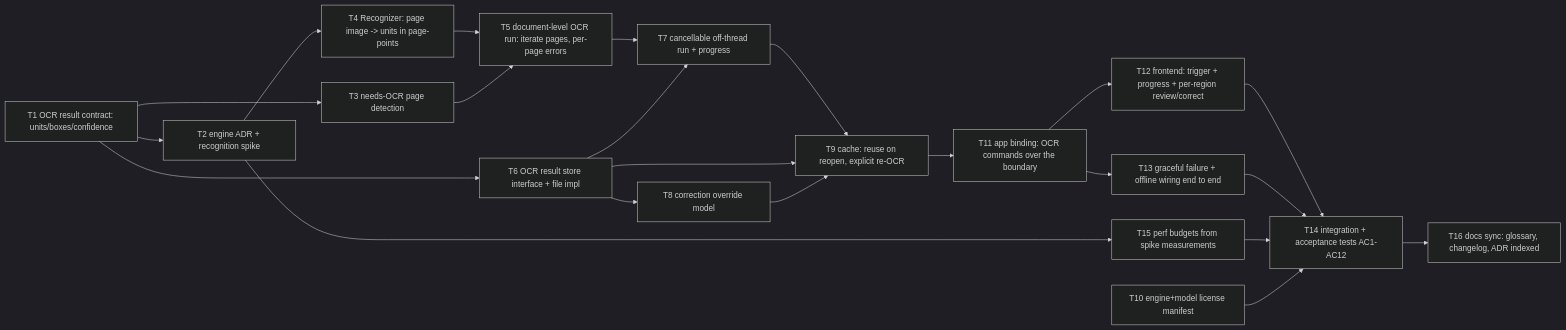
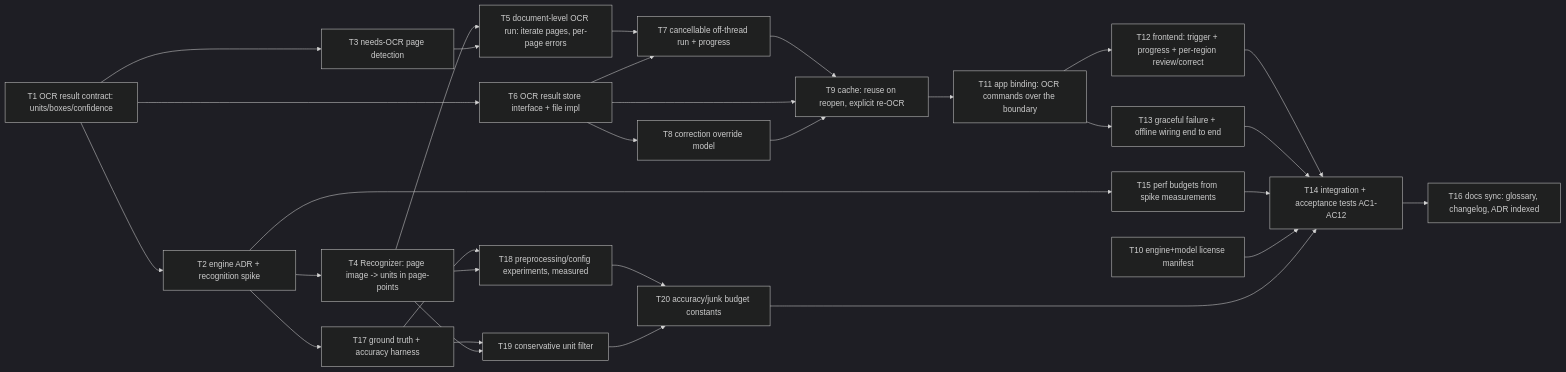
Before and after one commit to shrigum/Adamic: the diagram in docs/planning/ocr/critical-path.md, drawn with Mermaid (dark theme). The commit also changed other lines of this file and 2 other files, not shown here.

````diff
--- a/docs/planning/ocr/critical-path.md
+++ b/docs/planning/ocr/critical-path.md
@@ -26,24 +27,32 @@
 ```mermaid
 graph LR
   T1[T1 OCR result contract: units/boxes/confidence] --> T2[T2 engine ADR + recognition spike]
   T1 --> T6[T6 OCR result store interface + file impl]
   T1 --> T3[T3 needs-OCR page detection]
   T2 --> T4[T4 Recognizer: page image -> units in page-points]
   T4 --> T5[T5 document-level OCR run: iterate pages, per-page errors]
   T3 --> T5
   T5 --> T7[T7 cancellable off-thread run + progress]
   T6 --> T7
   T7 --> T9[T9 cache: reuse on reopen, explicit re-OCR]
   T6 --> T9
   T2 --> T15[T15 perf budgets from spike measurements]
   T8[T8 correction override model] --> T9
   T6 --> T8
   T9 --> T11[T11 app binding: OCR commands over the boundary]
   T11 --> T12[T12 frontend: trigger + progress + per-region review/correct]
   T11 --> T13[T13 graceful failure + offline wiring end to end]
   T12 --> T14[T14 integration + acceptance tests AC1-AC12]
   T13 --> T14
   T15 --> T14
   T10[T10 engine+model license manifest] --> T14
+  T2 --> T17[T17 ground truth + accuracy harness]
+  T17 --> T18[T18 preprocessing/config experiments, measured]
+  T4 --> T18
+  T17 --> T19[T19 conservative unit filter]
+  T4 --> T19
+  T18 --> T20[T20 accuracy/junk budget constants]
+  T19 --> T20
+  T20 --> T14
   T14 --> T16[T16 docs sync: glossary, changelog, ADR indexed]
 ```
````
